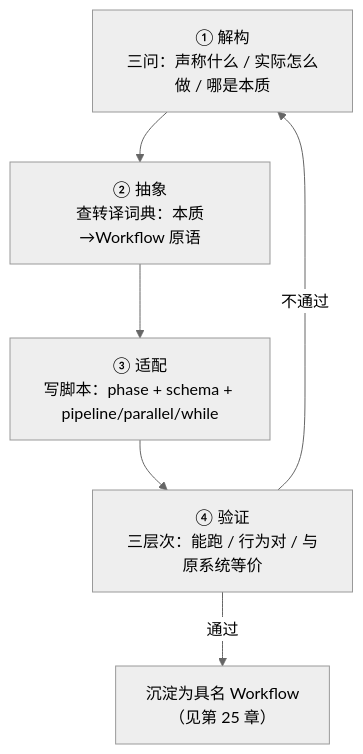
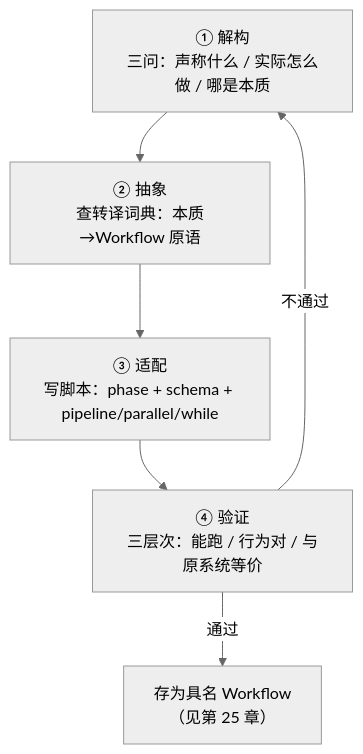
Before and after one commit to AGI-is-going-to-arrive/workflow-cookbook: the second of 3 diagrams in docs/zh/p5-24-extraction.md, drawn with Mermaid (neutral theme). The commit also changed other lines of this file and 78 other files, not shown here.

````diff
--- a/docs/zh/p5-24-extraction.md
+++ b/docs/zh/p5-24-extraction.md
@@ -648,9 +648,9 @@
 ```mermaid
 flowchart TD
   A["① 解构<br/>三问：声称什么 / 实际怎么做 / 哪是本质"] --> B
   B["② 抽象<br/>查转译词典：本质→Workflow 原语"] --> C
   C["③ 适配<br/>写脚本：phase + schema + pipeline/parallel/while"] --> D
   D["④ 验证<br/>三层次：能跑 / 行为对 / 与原系统等价"]
-  D -->|"通过"| E["沉淀为具名 Workflow<br/>（见第 25 章）"]
+  D -->|"通过"| E["存为具名 Workflow<br/>（见第 25 章）"]
   D -->|"不通过"| A
 ```
````
